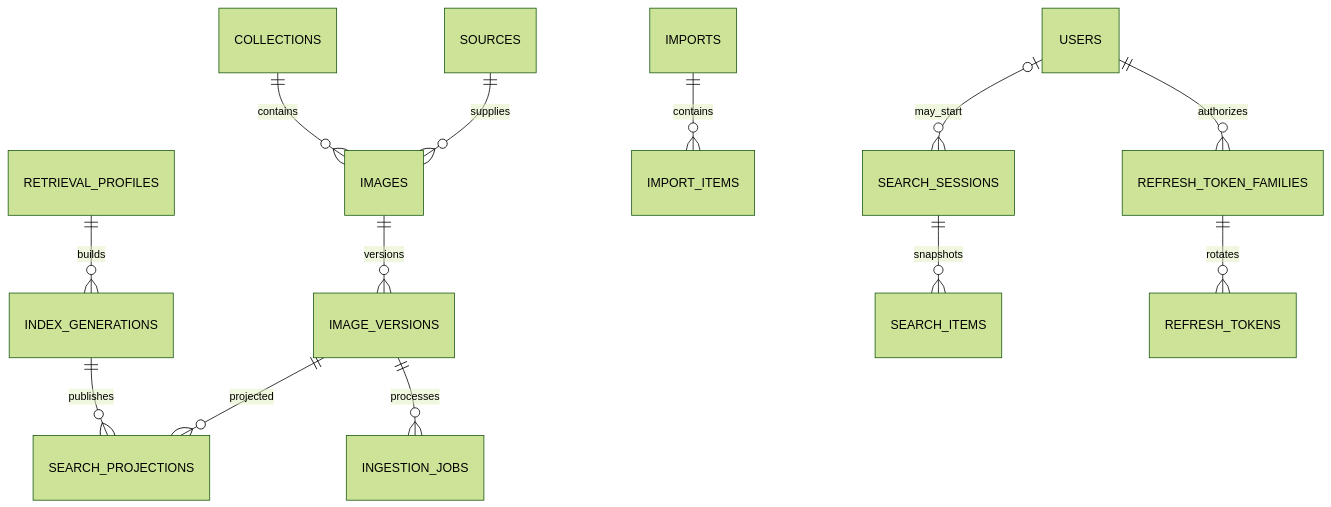
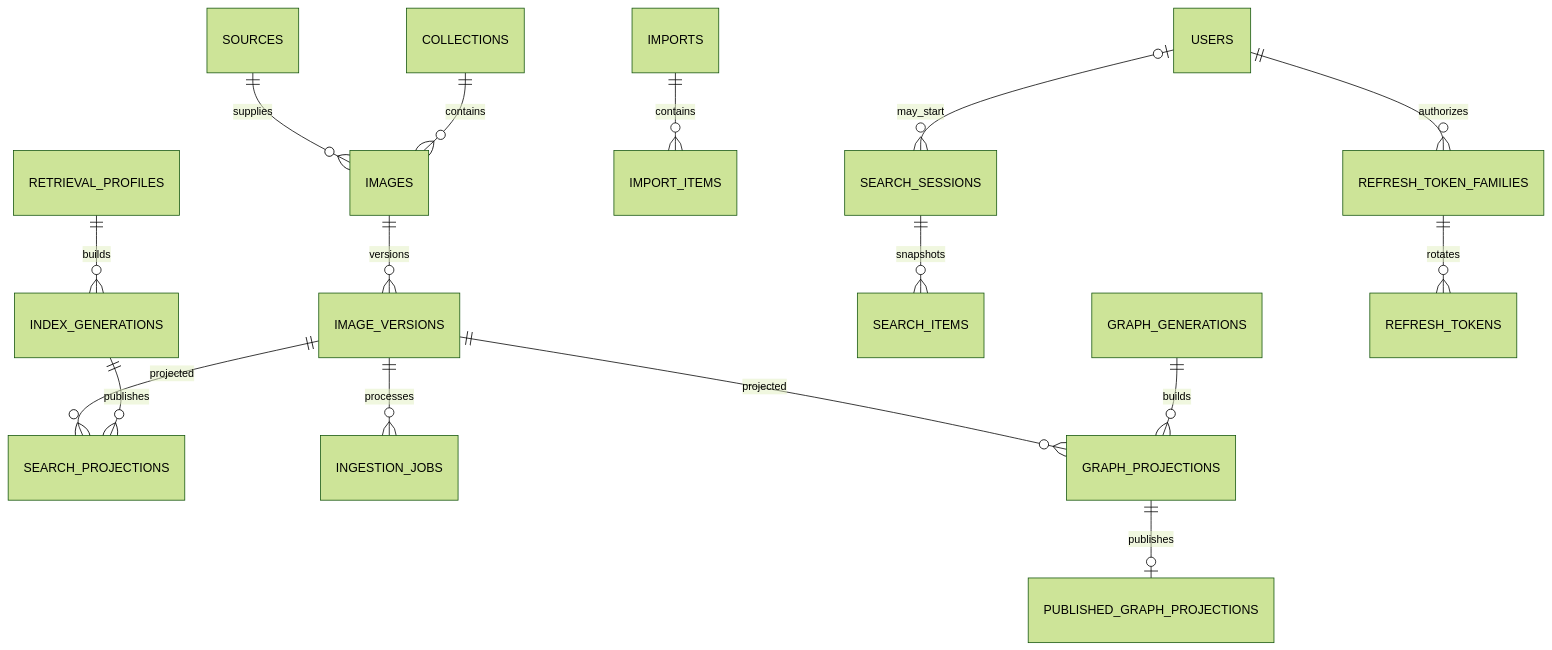
Before and after one commit to thong0609/image-search: the diagram in docs/data-model.md, drawn with Mermaid (forest theme). The commit also changed other lines of this file and 16 other files, not shown here.

````diff
--- a/docs/data-model.md
+++ b/docs/data-model.md
@@ -7,15 +7,18 @@
 ```mermaid
 erDiagram
     SOURCES ||--o{ IMAGES : supplies
     COLLECTIONS ||--o{ IMAGES : contains
     IMAGES ||--o{ IMAGE_VERSIONS : versions
     IMAGE_VERSIONS ||--o{ SEARCH_PROJECTIONS : projected
     RETRIEVAL_PROFILES ||--o{ INDEX_GENERATIONS : builds
     INDEX_GENERATIONS ||--o{ SEARCH_PROJECTIONS : publishes
     IMPORTS ||--o{ IMPORT_ITEMS : contains
     IMAGE_VERSIONS ||--o{ INGESTION_JOBS : processes
     SEARCH_SESSIONS ||--o{ SEARCH_ITEMS : snapshots
+    IMAGE_VERSIONS ||--o{ GRAPH_PROJECTIONS : projected
+    GRAPH_GENERATIONS ||--o{ GRAPH_PROJECTIONS : builds
+    GRAPH_PROJECTIONS ||--o| PUBLISHED_GRAPH_PROJECTIONS : publishes
     USERS ||--o{ REFRESH_TOKEN_FAMILIES : authorizes
     REFRESH_TOKEN_FAMILIES ||--o{ REFRESH_TOKENS : rotates
     USERS o|--o{ SEARCH_SESSIONS : may_start
 ```
````
